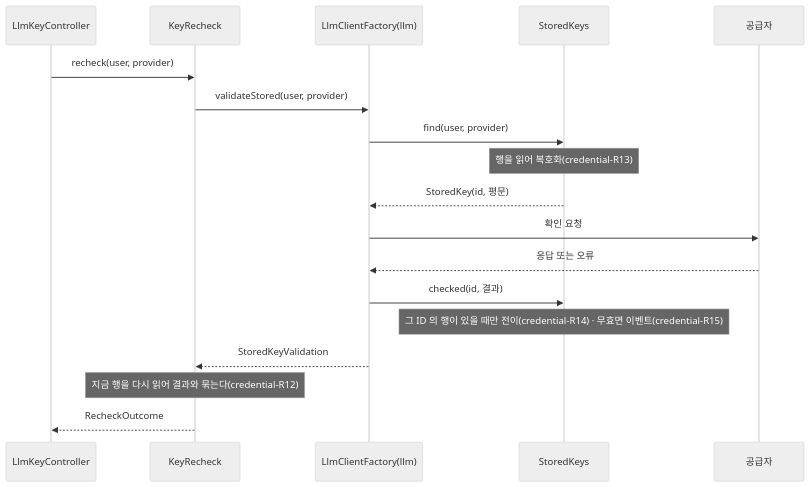
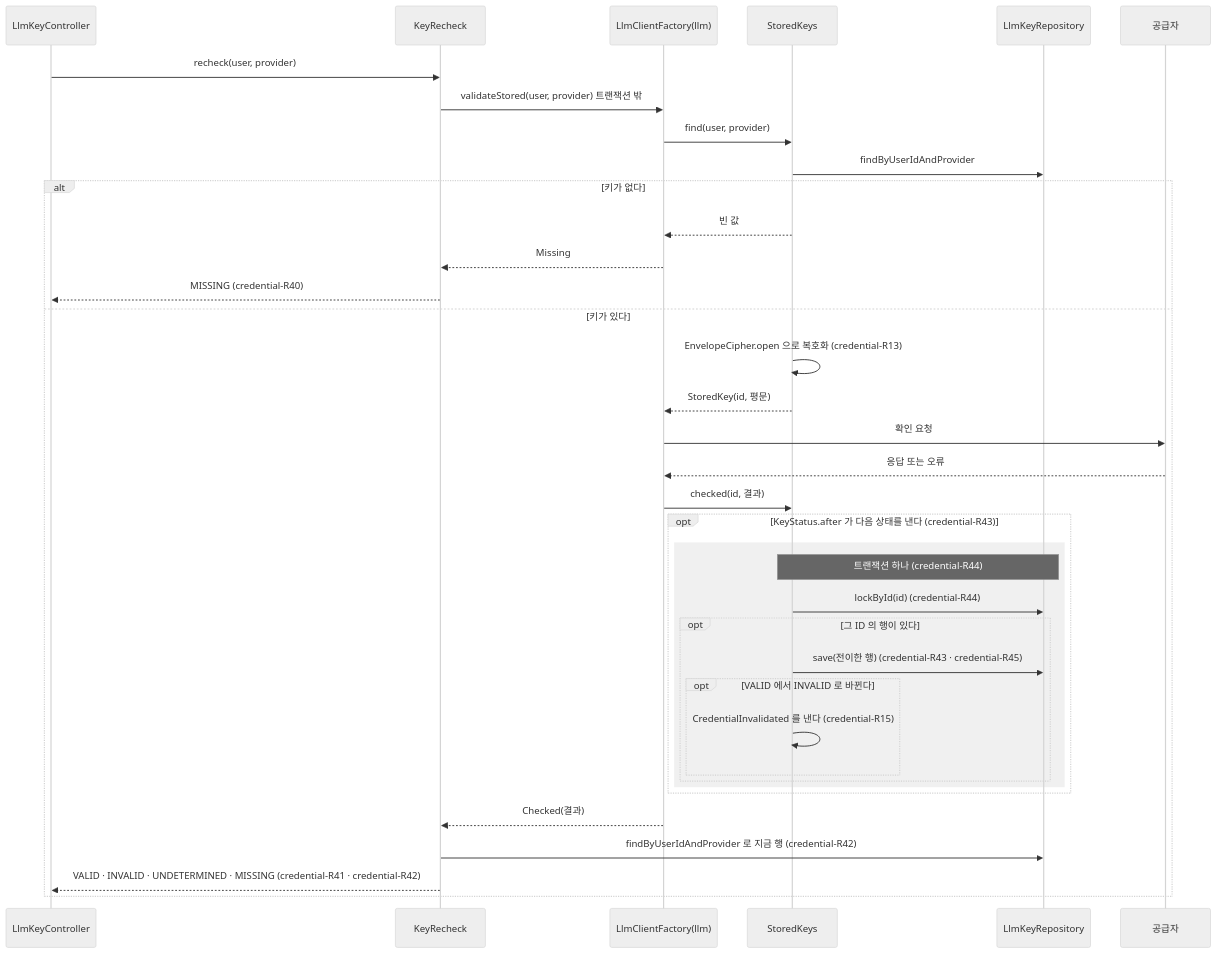
One commit to Theia0382/yozm-news changed the second of 4 diagrams in docs/specs/credential.md. Above: the diagram before and after it, drawn with Mermaid (neutral theme). The commit also changed other lines of this file, not shown here.

First line of the commit message:
docs: credential Spec 다시 쓰기 — 규칙 쪼개기 · 시퀀스 그림

````diff
--- a/docs/specs/credential.md
+++ b/docs/specs/credential.md
@@ -119,20 +162,39 @@
 ```mermaid
 sequenceDiagram
     participant C as LlmKeyController
     participant R as KeyRecheck
     participant F as LlmClientFactory(llm)
     participant S as StoredKeys
+    participant D as LlmKeyRepository
     participant X as 공급자
     C->>R: recheck(user, provider)
-    R->>F: validateStored(user, provider)
+    R->>F: validateStored(user, provider) 트랜잭션 밖
     F->>S: find(user, provider)
-    Note over S: 행을 읽어 복호화(credential-R13)
-    S-->>F: StoredKey(id, 평문)
-    F->>X: 확인 요청
-    X-->>F: 응답 또는 오류
-    F->>S: checked(id, 결과)
-    Note over S: 그 ID 의 행이 있을 때만 전이(credential-R14) · 무효면 이벤트(credential-R15)
-    F-->>R: StoredKeyValidation
-    Note over R: 지금 행을 다시 읽어 결과와 묶는다(credential-R12)
-    R-->>C: RecheckOutcome
+    S->>D: findByUserIdAndProvider
+    alt 키가 없다
+        S-->>F: 빈 값
+        F-->>R: Missing
+        R-->>C: MISSING (credential-R40)
+    else 키가 있다
+        S->>S: EnvelopeCipher.open 으로 복호화 (credential-R13)
+        S-->>F: StoredKey(id, 평문)
+        F->>X: 확인 요청
+        X-->>F: 응답 또는 오류
+        F->>S: checked(id, 결과)
+        opt KeyStatus.after 가 다음 상태를 낸다 (credential-R43)
+            rect rgba(128, 128, 128, 0.12)
+            Note over S,D: 트랜잭션 하나 (credential-R44)
+            S->>D: lockById(id) (credential-R44)
+            opt 그 ID 의 행이 있다
+                S->>D: save(전이한 행) (credential-R43 · credential-R45)
+                opt VALID 에서 INVALID 로 바뀐다
+                    S->>S: CredentialInvalidated 를 낸다 (credential-R15)
+                end
+            end
+            end
+        end
+        F-->>R: Checked(결과)
+        R->>D: findByUserIdAndProvider 로 지금 행 (credential-R42)
+        R-->>C: VALID · INVALID · UNDETERMINED · MISSING (credential-R41 · credential-R42)
+    end
 ```
````
